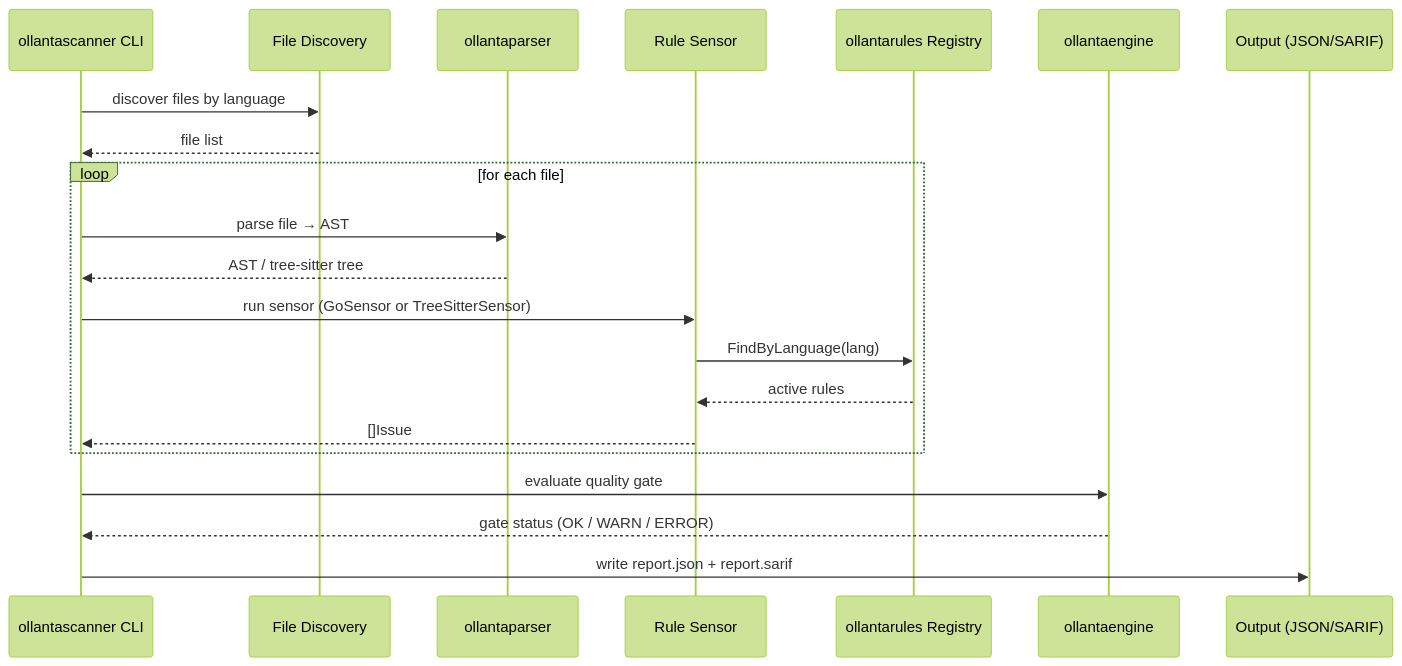
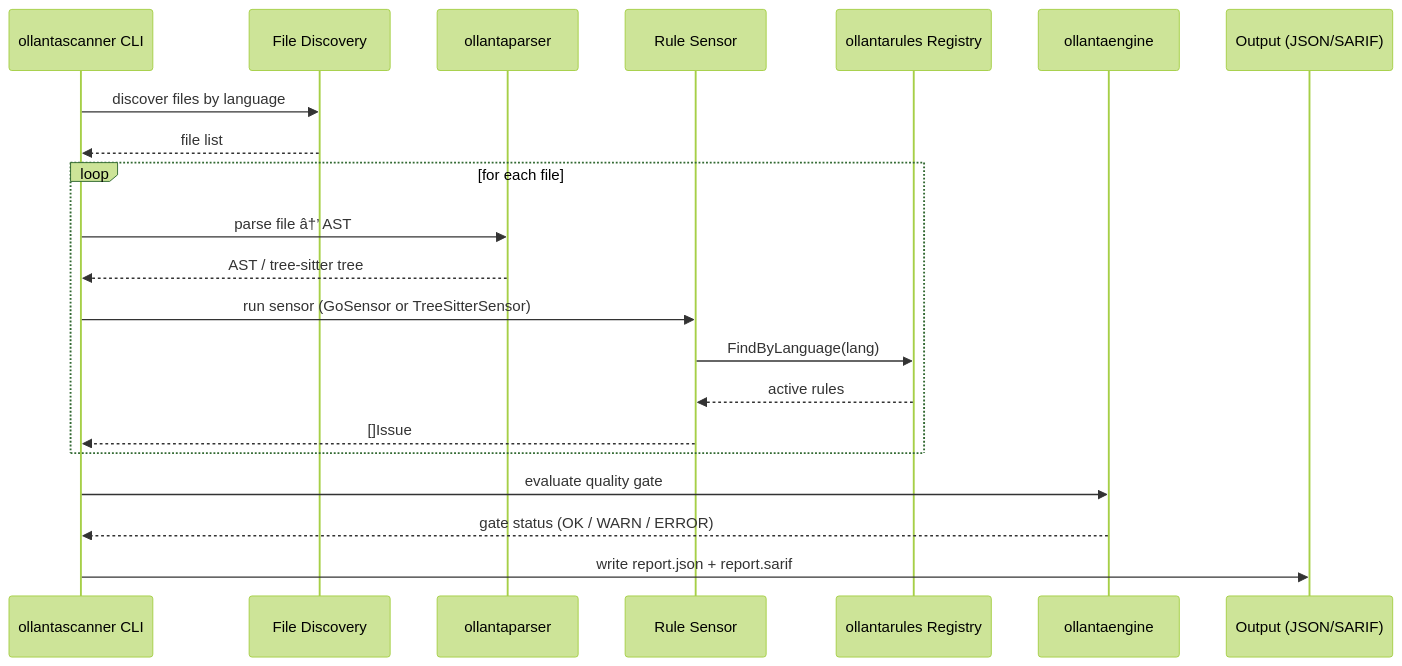
Diagram 18 of 21 in docs/architecture.md (scovl/ollanta), drawn with Mermaid (forest theme) before and after one commit. The commit also changed other lines of this file and 3 other files, not shown here.

Commit message:
docs: update architecture and observability notes

````diff
--- a/docs/architecture.md
+++ b/docs/architecture.md
@@ -1394,26 +1394,26 @@
 ```mermaid
 sequenceDiagram
     participant CLI as ollantascanner CLI
     participant Target as File Discovery
     participant Parser as ollantaparser
     participant Sensor as Rule Sensor
     participant Rules as ollantarules Registry
     participant Engine as ollantaengine
     participant Out as Output (JSON/SARIF)
 
     CLI->>Target: discover files by language
     Target-->>CLI: file list
 
     loop for each file
-        CLI->>Parser: parse file → AST
+        CLI->>Parser: parse file â†’ AST
         Parser-->>CLI: AST / tree-sitter tree
         CLI->>Sensor: run sensor (GoSensor or TreeSitterSensor)
         Sensor->>Rules: FindByLanguage(lang)
         Rules-->>Sensor: active rules
         Sensor-->>CLI: []Issue
     end
 
     CLI->>Engine: evaluate quality gate
     Engine-->>CLI: gate status (OK / WARN / ERROR)
     CLI->>Out: write report.json + report.sarif
 ```
````
